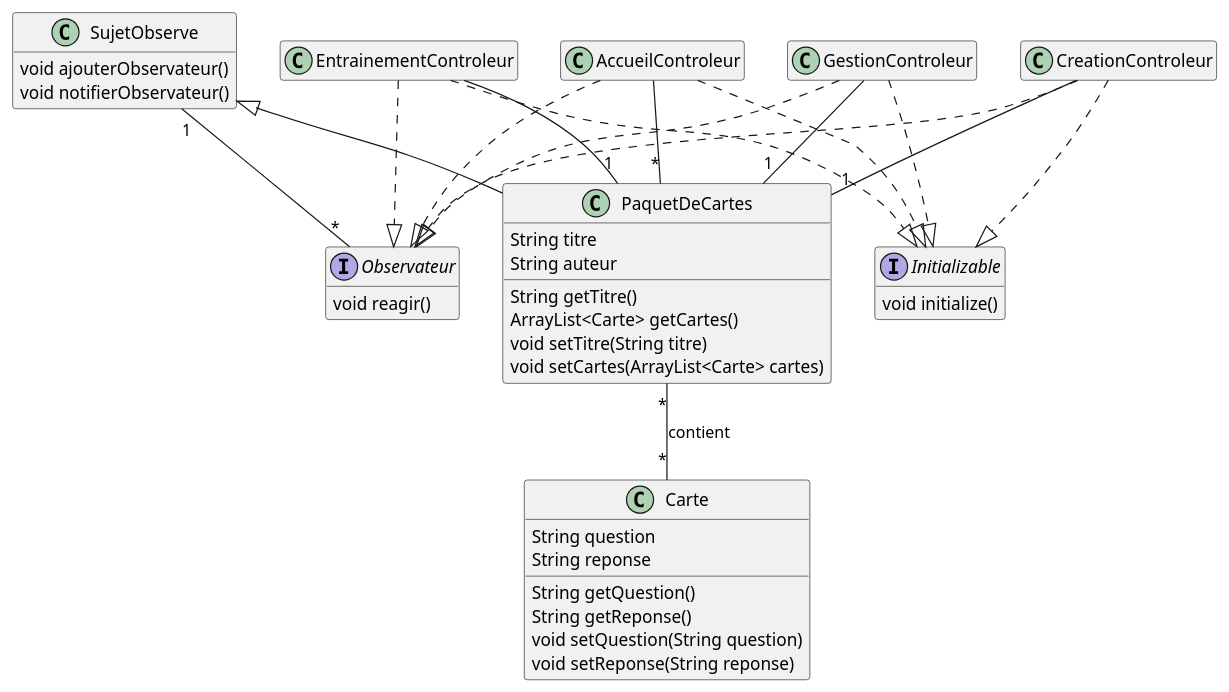
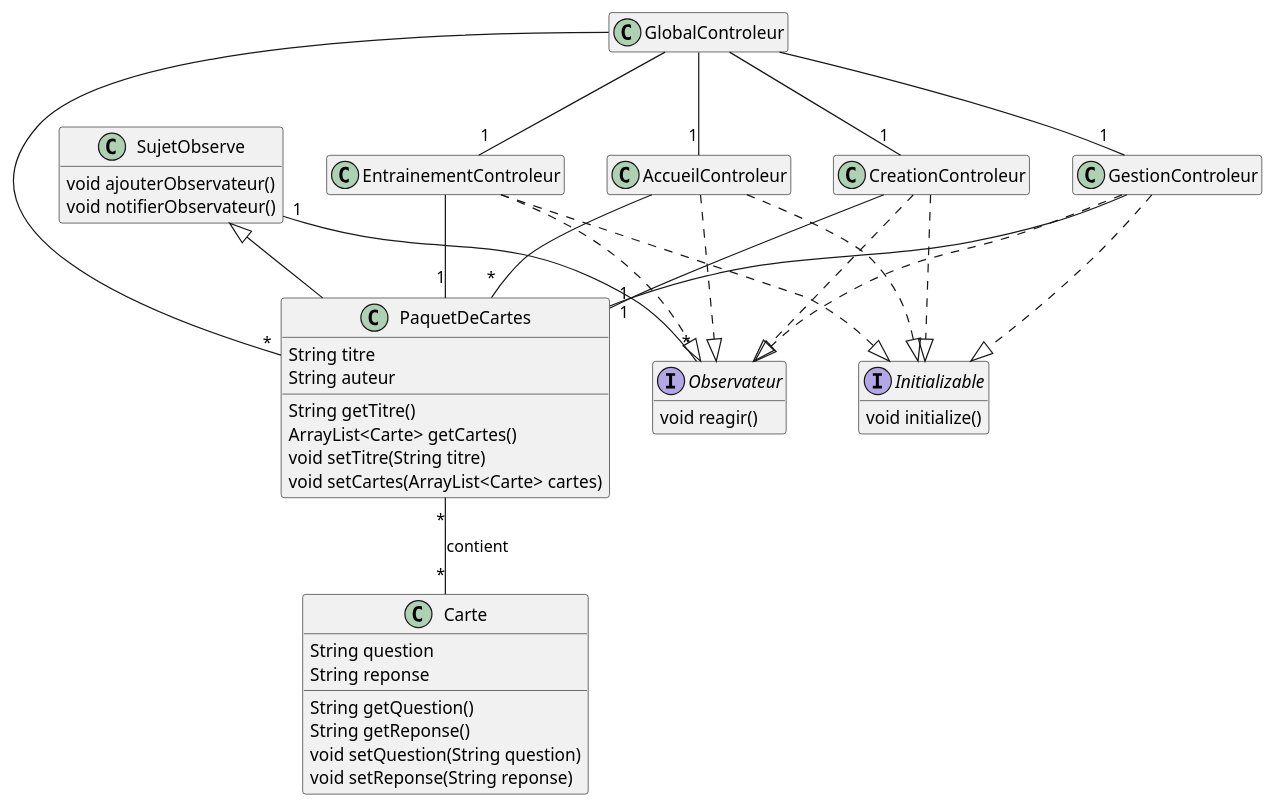
The diagram in diag.wsd (rouxmi/Flash-Card-App-), drawn with PlantUML before and after one commit. The commit also changed 1 other file, not shown here.

```diff
--- a/diag.wsd
+++ b/diag.wsd
@@ -1,67 +1,75 @@
 @startuml diag
 hide empty members
 
 class Carte {
     {field} String question
     {field} String reponse
     {method} String getQuestion()
     {method} String getReponse()
     {method} void setQuestion(String question)
     {method} void setReponse(String reponse)
 }
 
 class PaquetDeCartes {
     {field} String titre
     {field} String auteur
     {method} String getTitre()
     {method} ArrayList<Carte> getCartes()
     {method} void setTitre(String titre)
     {method} void setCartes(ArrayList<Carte> cartes)
 }
 
 
 
 interface Observateur{
     {method} void reagir()
 }
 
 class SujetObserve{
     {method} void ajouterObservateur()
     {method} void notifierObservateur()
 }
 
 class AccueilControleur{
 
 }
 
 class CreationControleur{
 
 }
 class EntrainementControleur{
 
 }
 
 class GestionControleur{
 
 }
+class GlobalControleur{
+
+}
 
 interface Initializable{
     {method} void initialize()
 }
 
 PaquetDeCartes "*" -- "*" Carte : contient
 AccueilControleur --"*" PaquetDeCartes
 CreationControleur --"1" PaquetDeCartes
 EntrainementControleur --"1" PaquetDeCartes
 GestionControleur --"1" PaquetDeCartes
 SujetObserve <|-- PaquetDeCartes
 SujetObserve "1"--"*" Observateur
 AccueilControleur ..|> Observateur
 AccueilControleur ..|> Initializable
 CreationControleur ..|> Observateur
 CreationControleur ..|> Initializable
 EntrainementControleur ..|> Observateur
 EntrainementControleur ..|> Initializable
 GestionControleur ..|> Observateur
 GestionControleur ..|> Initializable
+GlobalControleur --"1" GestionControleur
+GlobalControleur --"1" EntrainementControleur
+GlobalControleur --"1" CreationControleur
+GlobalControleur --"1" AccueilControleur
+GlobalControleur --"*" PaquetDeCartes
 @enduml
```
